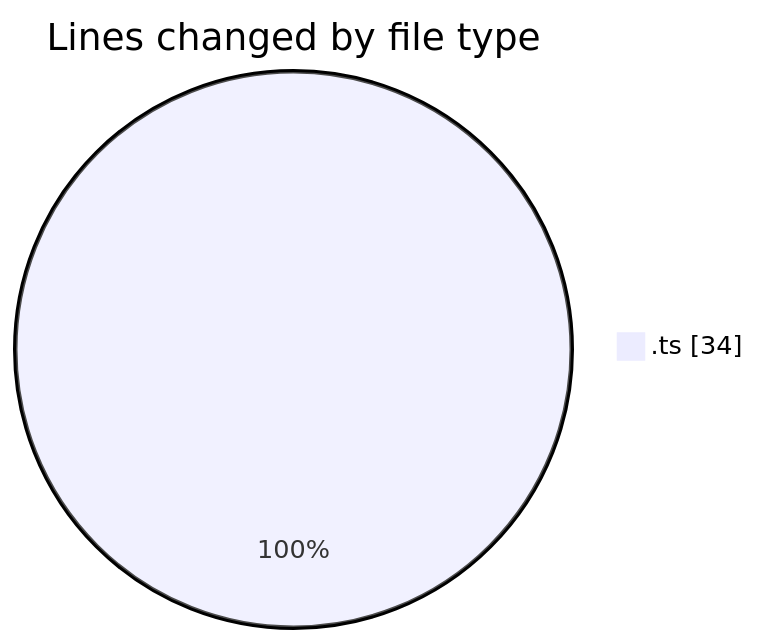
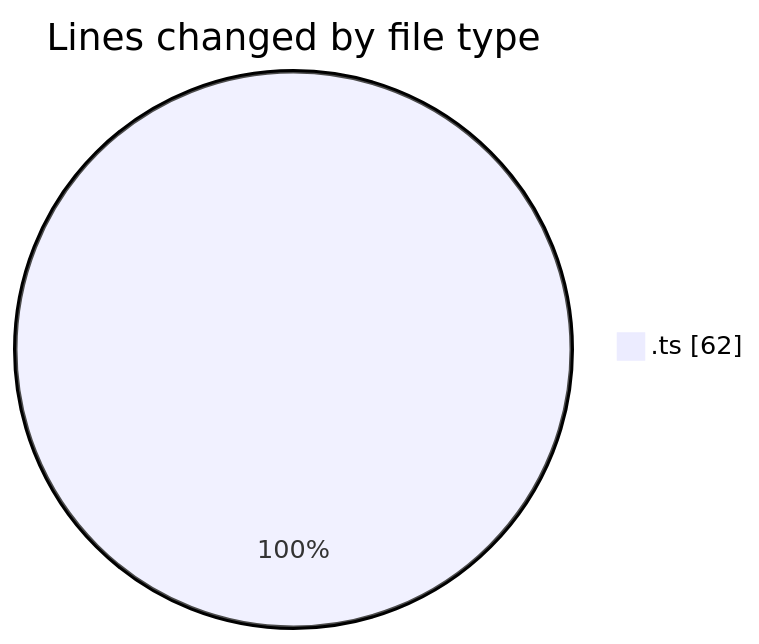
The first of 2 diagrams in 2025-08-05/cda/README.md (momahboobian/code-tracking), drawn with Mermaid before and after one commit. The commit also changed other lines of this file and 1 other file, not shown here.

````diff
--- a/2025-08-05/cda/README.md
+++ b/2025-08-05/cda/README.md
@@ -20,5 +20,5 @@
 ```mermaid
 pie showData
 title Lines changed by file type
-".ts" : 34
+".ts" : 62
 ```
````
